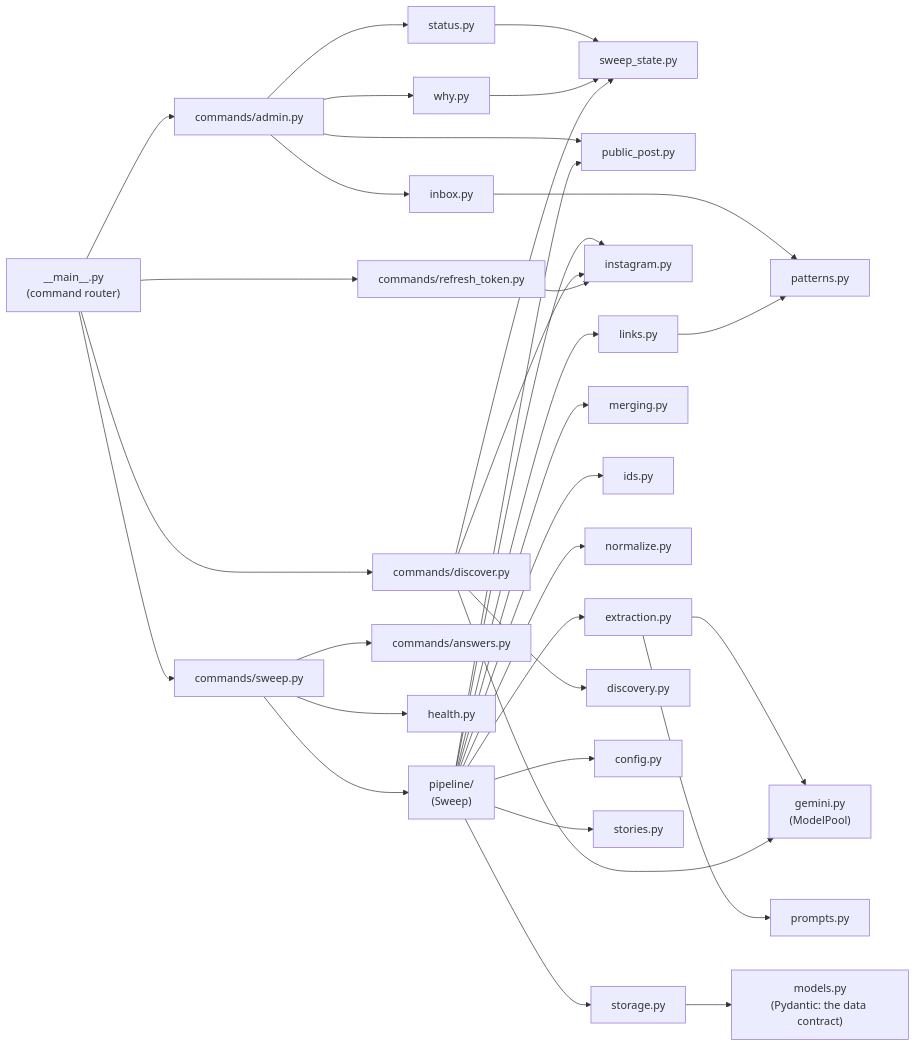
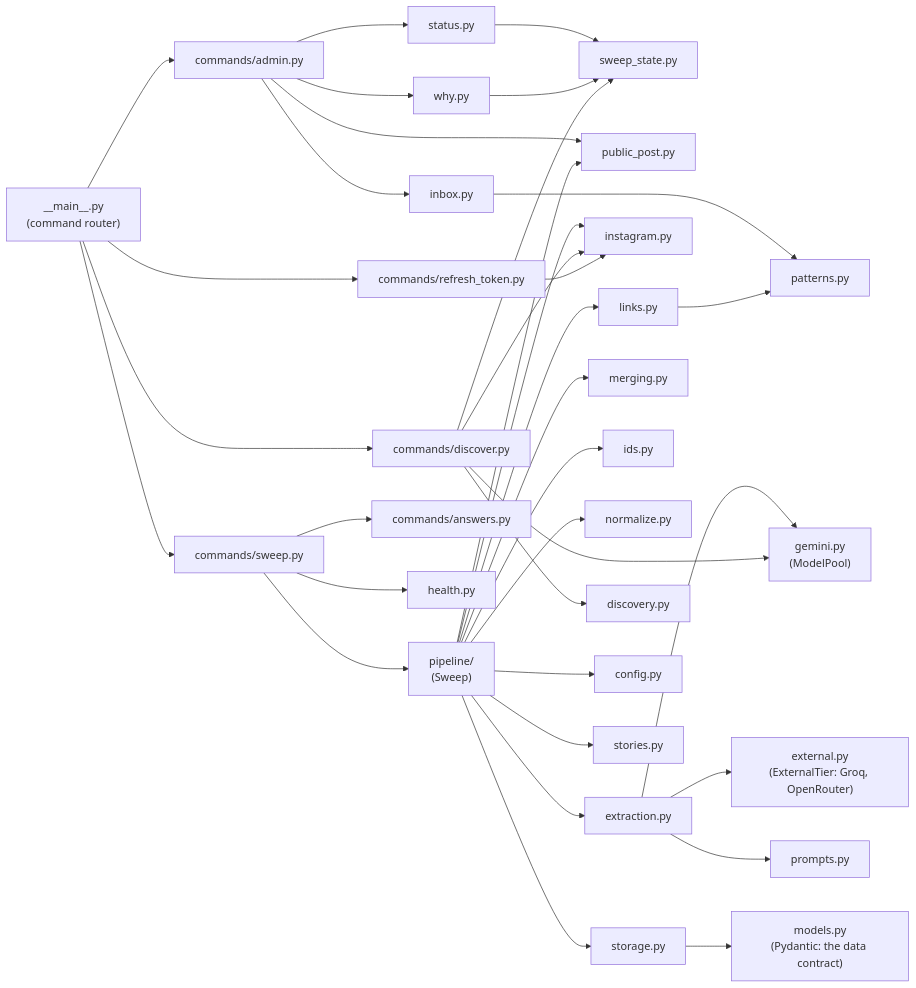
Diagram 12 of 12 in docs/ARCHITECTURE.md (pa-bailar/backend), drawn with Mermaid before and after one commit. The commit also changed other lines of this file and 3 other files, not shown here.

First line of the commit message:
docs: the last resort (Groq, OpenRouter), its keys and admin bakeoff

````diff
--- a/docs/ARCHITECTURE.md
+++ b/docs/ARCHITECTURE.md
@@ -1204,36 +1283,37 @@
 ```mermaid
 flowchart LR
     MAIN["__main__.py<br/>(command router)"] --> SW["commands/sweep.py"]
     MAIN --> DI["commands/discover.py"]
     MAIN --> RT["commands/refresh_token.py"]
     MAIN --> AD["commands/admin.py"]
     AD --> ST["status.py"]
     ST --> SS["sweep_state.py"]
     AD --> WHY["why.py"]
     AD --> INB["inbox.py"]
     AD --> PUB["public_post.py"]
     PL --> PUB
     WHY --> SS
     DI --> SS
     SW --> PL["pipeline/<br/>(Sweep)"]
     SW --> ANS["commands/answers.py"]
     SW --> HE["health.py"]
     INB --> PAT["patterns.py"]
     LNK["links.py"] --> PAT
     PL --> LNK
     PL --> IGC["instagram.py"]
     PL --> EXT["extraction.py"]
     PL --> MER["merging.py"]
     PL --> IDS["ids.py"]
     PL --> NOR["normalize.py"]
     PL --> STO["storage.py"]
     EXT --> GEM["gemini.py<br/>(ModelPool)"]
+    EXT --> EXL["external.py<br/>(ExternalTier: Groq, OpenRouter)"]
     EXT --> PRO["prompts.py"]
     DI --> DIS["discovery.py"]
     DI --> IGC
     DI --> GEM
     RT --> IGC
     STO --> MOD["models.py<br/>(Pydantic: the data contract)"]
     PL --> CFG["config.py"]
     PL --> STY["stories.py"]
 ```
````
